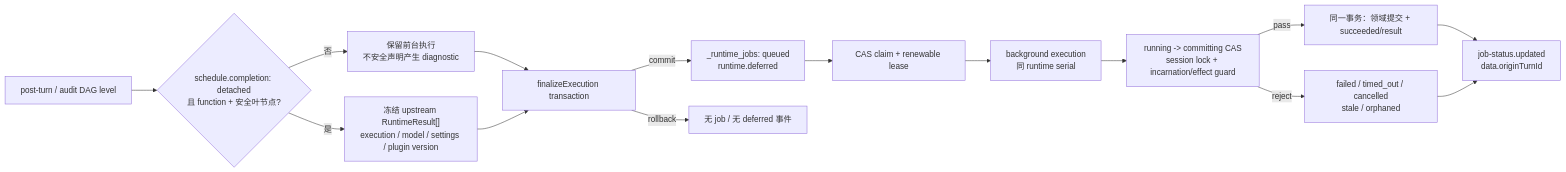
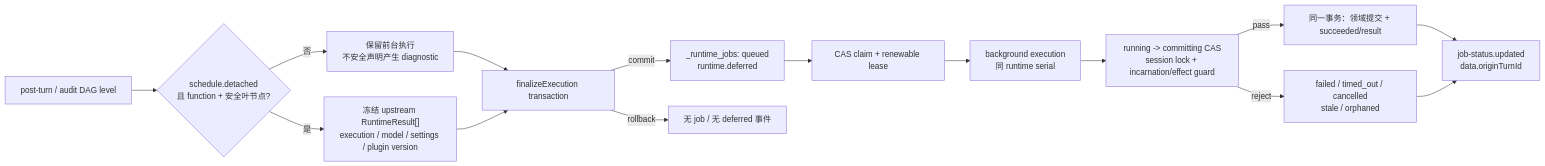
The third of 4 diagrams in docs/internals/flow.md (ackness/covel), drawn with Mermaid before and after one commit. The commit also changed other lines of this file and 103 other files, not shown here.

````diff
--- a/docs/internals/flow.md
+++ b/docs/internals/flow.md
@@ -342,17 +342,17 @@
 ```mermaid
 flowchart LR
-    DAG["post-turn / audit DAG level"] --> Plan{"schedule.completion: detached<br/>且 function + 安全叶节点?"}
+    DAG["post-turn / audit DAG level"] --> Plan{"schedule.detached<br/>且 function + 安全叶节点?"}
     Plan -->|否| Foreground["保留前台执行<br/>不安全声明产生 diagnostic"]
     Plan -->|是| Freeze["冻结 upstream RuntimeResult[]<br/>execution / model / settings / plugin version"]
     Foreground --> Tx["finalizeExecution transaction"]
     Freeze --> Tx
     Tx -->|commit| Queued["_runtime_jobs: queued<br/>runtime.deferred"]
     Tx -->|rollback| None["无 job / 无 deferred 事件"]
     Queued --> Claim["CAS claim + renewable lease"]
     Claim --> Run["background execution<br/>同 runtime serial"]
     Run --> Guard["running -> committing CAS<br/>session lock + incarnation/effect guard"]
     Guard -->|pass| Success["同一事务：领域提交 + succeeded/result"]
     Guard -->|reject| Terminal["failed / timed_out / cancelled<br/>stale / orphaned"]
     Success --> Status["job-status.updated<br/>data.originTurnId"]
     Terminal --> Status
 ```
````
